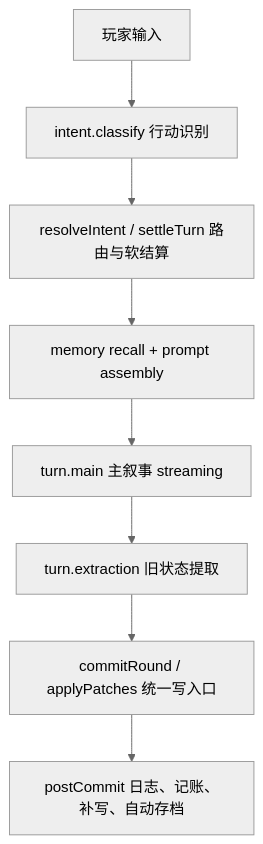
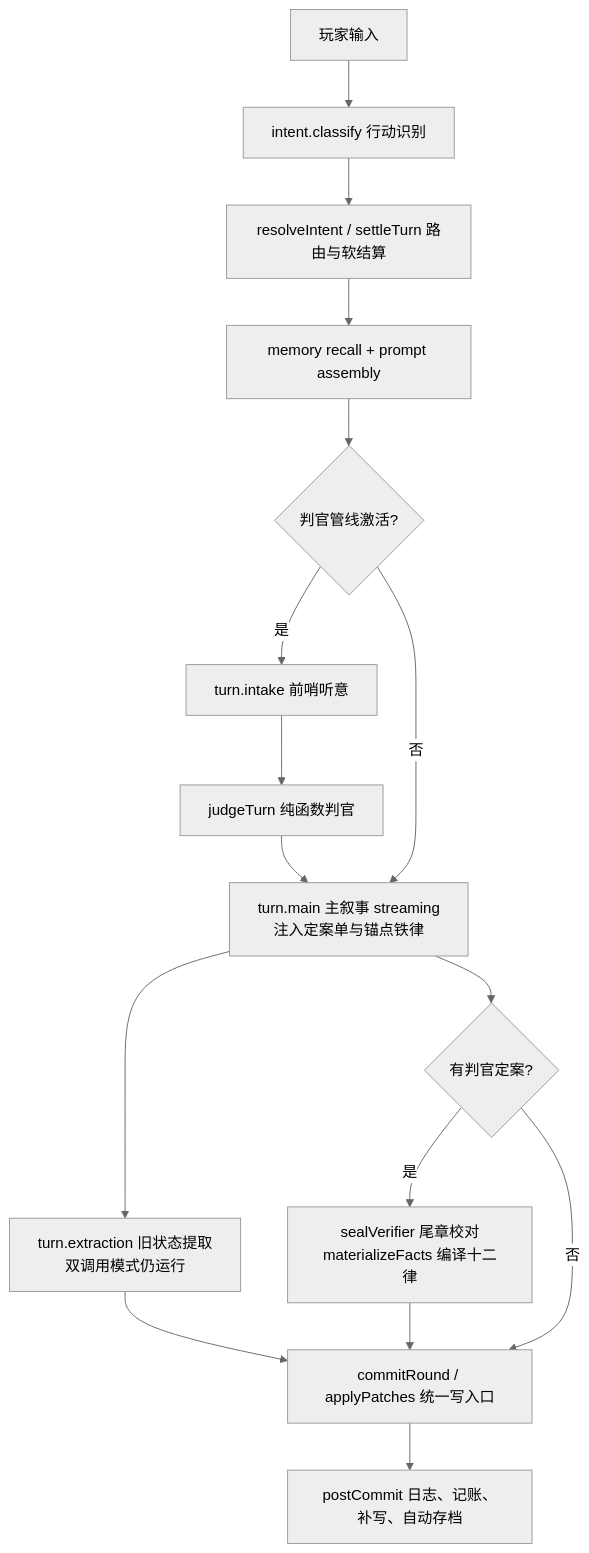
One commit to feihu-lgtm/qucuo changed the first of 2 diagrams in docs/AI调用链架构说明.md. Above: the diagram before and after it, drawn with Mermaid (neutral theme). The commit also changed other lines of this file, not shown here.

Commit message:
docs(ai-chain): 画出判官叠线与旧提取兜底

````diff
--- a/docs/AI调用链架构说明.md
+++ b/docs/AI调用链架构说明.md
@@ -18,10 +18,18 @@
 ```mermaid
 flowchart TD
   A[玩家输入] --> B[intent.classify 行动识别]
   B --> C[resolveIntent / settleTurn 路由与软结算]
   C --> D[memory recall + prompt assembly]
-  D --> E[turn.main 主叙事 streaming]
-  E --> F[turn.extraction 旧状态提取]
+  D --> Q{判官管线激活?}
+  Q -- 是 --> I[turn.intake 前哨听意]
+  I --> J[judgeTurn 纯函数判官]
+  J --> E[turn.main 主叙事 streaming<br/>注入定案单与锚点铁律]
+  Q -- 否 --> E
+  E --> F[turn.extraction 旧状态提取<br/>双调用模式仍运行]
+  E --> V{有判官定案?}
+  V -- 是 --> S[sealVerifier 尾章校对<br/>materializeFacts 编译十二律]
+  V -- 否 --> G
   F --> G[commitRound / applyPatches 统一写入口]
+  S --> G
   G --> H[postCommit 日志、记账、补写、自动存档]
 ```
````
